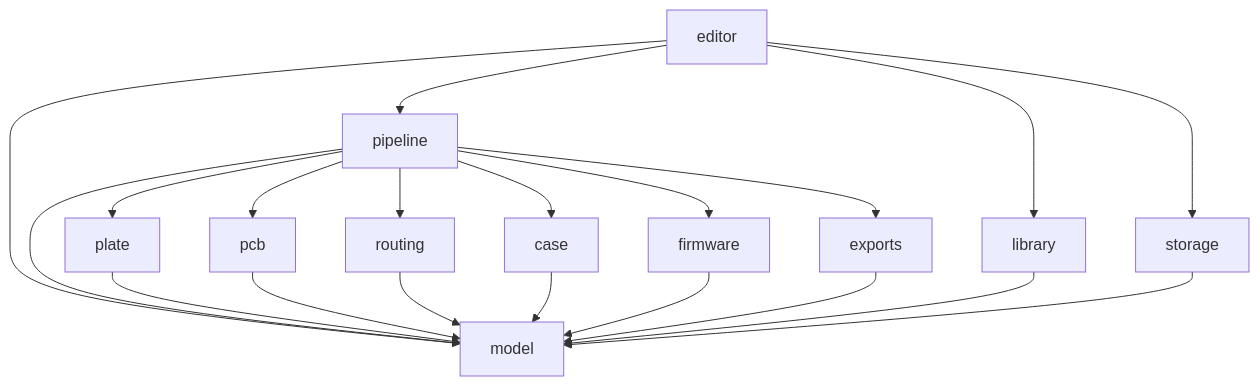
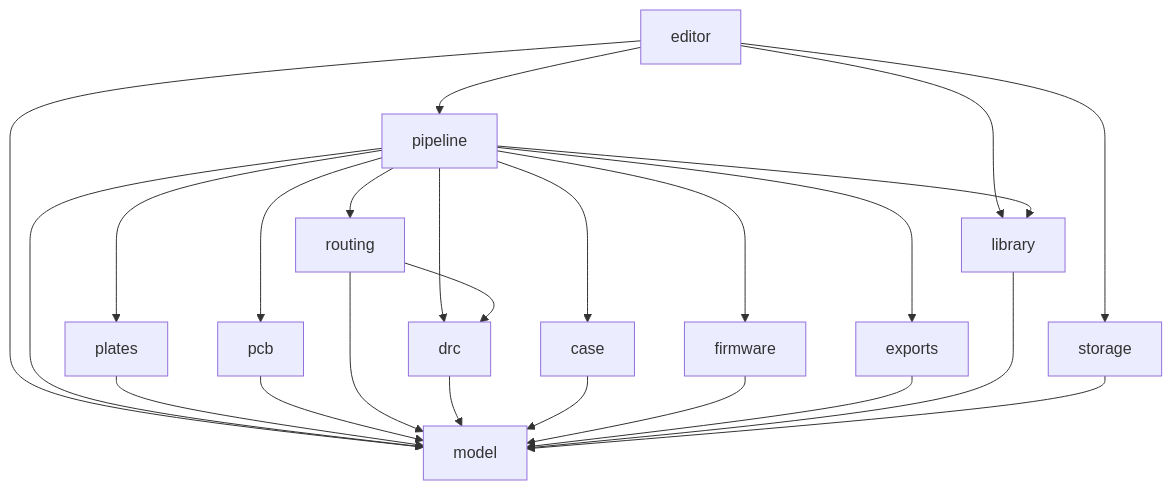
The second of 3 diagrams in _bmad-output/architecture-keeb-cad-layout-model/architecture-keeb-cad-layout-model.md (KeebCAD/keeb-cad), drawn with Mermaid before and after one commit. The commit also changed other lines of this file and 6 other files, not shown here.

First line of the commit message:
docs: update keeb-cad architecture spine to milestone 1 PRD

````diff
--- a/_bmad-output/architecture-keeb-cad-layout-model/architecture-keeb-cad-layout-model.md
+++ b/_bmad-output/architecture-keeb-cad-layout-model/architecture-keeb-cad-layout-model.md
@@ -168,17 +231,20 @@
 ```mermaid
 graph TD
   editor --> pipeline
   editor --> model
   editor --> library
   editor --> storage
-  pipeline --> plate & pcb & routing & case & firmware & exports
+  pipeline --> plates & pcb & routing & drc & case & firmware & exports
   pipeline --> model
-  plate --> model
+  pipeline --> library
+  routing --> drc
+  plates --> model
   pcb --> model
   routing --> model
+  drc --> model
   case --> model
   firmware --> model
   exports --> model
   library --> model
   storage --> model
 ```
````
